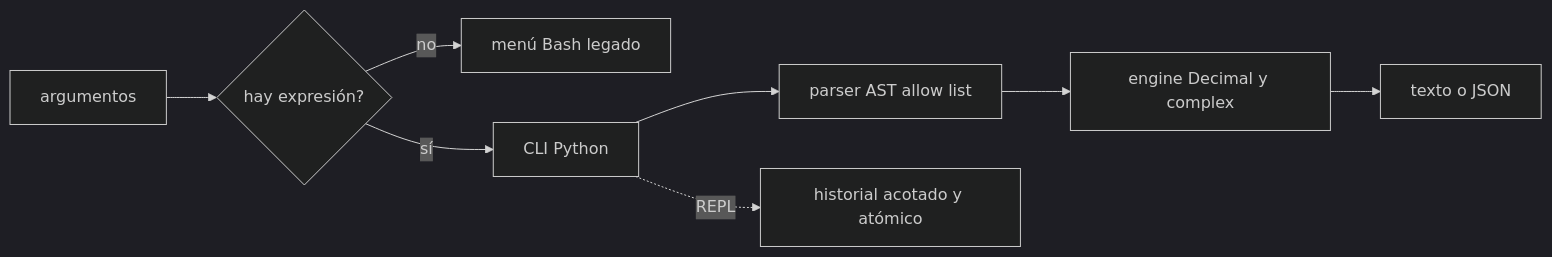
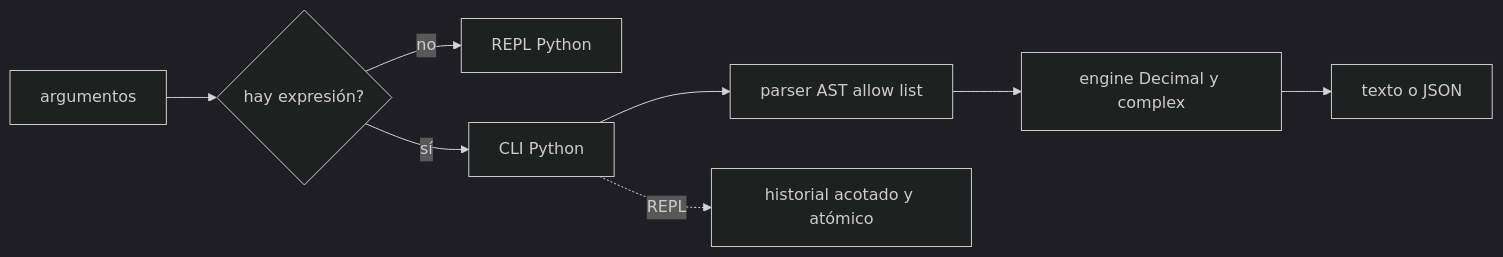
The diagram in README.md (genesisgzdev/calcx-advanced), drawn with Mermaid (dark theme) before and after one commit. The commit also changed other lines of this file and 20 other files, not shown here.

````diff
--- a/README.md
+++ b/README.md
@@ -25,10 +25,10 @@
 ```mermaid
 flowchart LR
     A[argumentos] --> B{hay expresión?}
-    B -- no --> C[menú Bash legado]
+    B -- no --> C[REPL Python]
     B -- sí --> D[CLI Python]
     D --> E[parser AST allow list]
     E --> F[engine Decimal y complex]
     F --> G[texto o JSON]
     D -. REPL .-> H[historial acotado y atómico]
 ```
````
